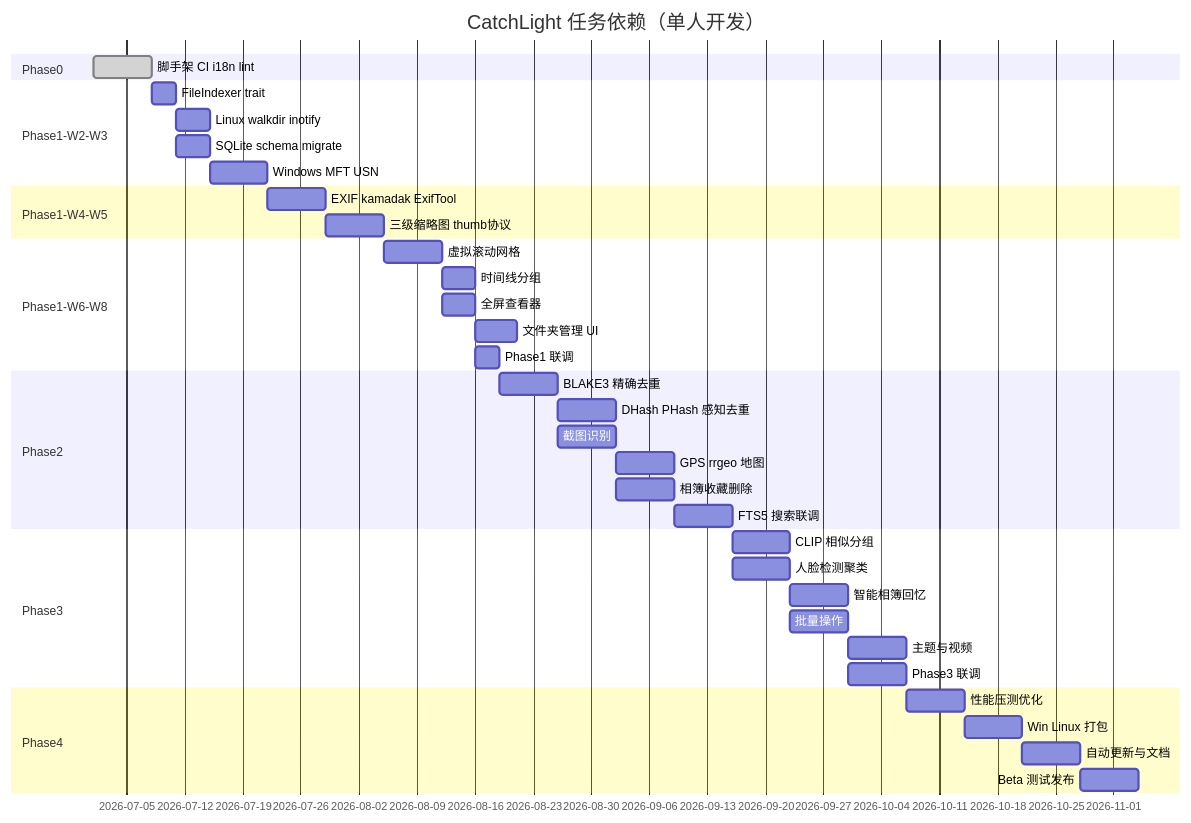
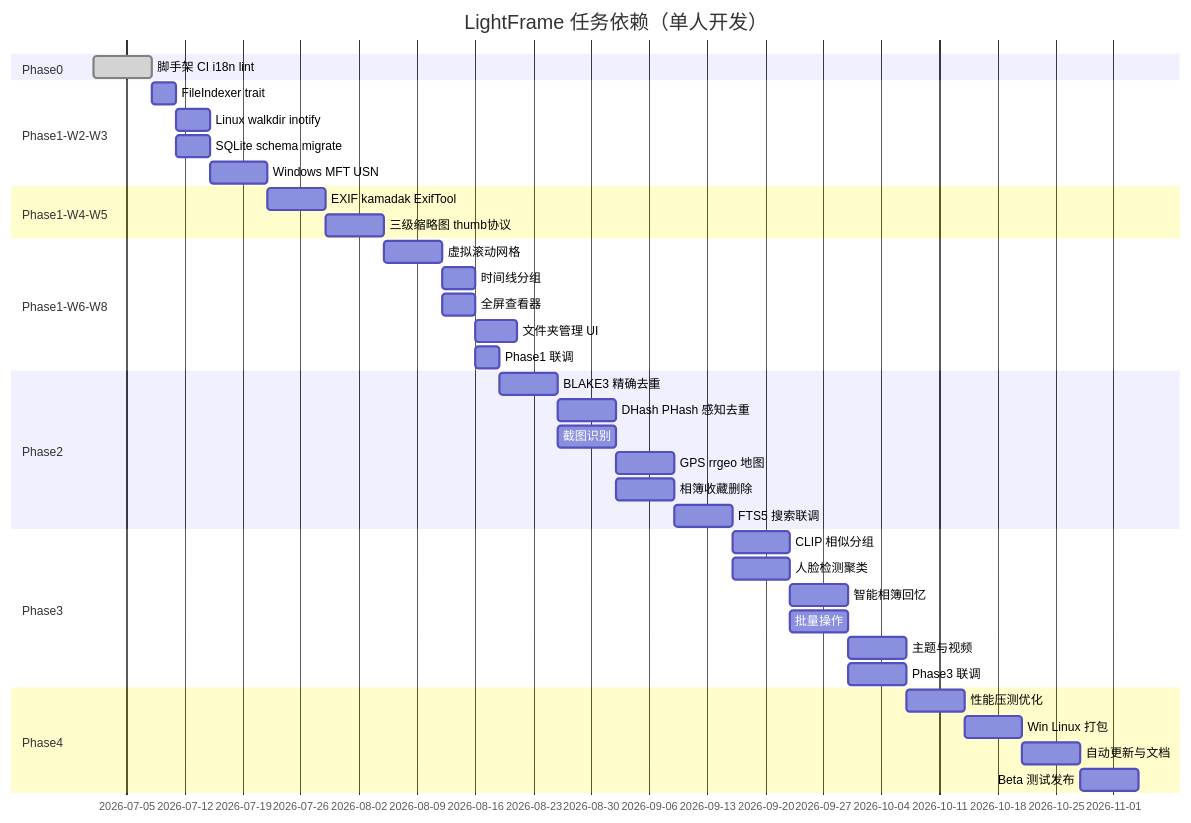
One commit to halft0n/LightFrame changed the fourth of 5 diagrams in docs/5-development-plan.md. Above: the diagram before and after it, drawn with Mermaid. The commit also changed other lines of this file and 10 other files, not shown here.

First line of the commit message:
chore: complete CatchLight → LightFrame rebrand in all docs and paths

````diff
--- a/docs/5-development-plan.md
+++ b/docs/5-development-plan.md
@@ -645,47 +645,47 @@
 ```mermaid
 gantt
-    title CatchLight 任务依赖（单人开发）
+    title LightFrame 任务依赖（单人开发）
     dateFormat YYYY-MM-DD
 
     section Phase0
     脚手架 CI i18n lint     :done, ph0, 2026-07-01, 7d
 
     section Phase1-W2-W3
     FileIndexer trait        :p1t, after ph0, 3d
     Linux walkdir inotify    :p1l, after p1t, 4d
     SQLite schema migrate    :p1db, after p1t, 4d
     Windows MFT USN          :p1w, after p1l, 7d
 
     section Phase1-W4-W5
     EXIF kamadak ExifTool    :p1e, after p1w, 7d
     三级缩略图 thumb协议     :p1th, after p1e, 7d
 
     section Phase1-W6-W8
     虚拟滚动网格             :p1g, after p1th, 7d
     时间线分组               :p1tl, after p1g, 4d
     全屏查看器               :p1v, after p1g, 4d
     文件夹管理 UI            :p1f, after p1tl, 5d
     Phase1 联调              :p1i, after p1v, 3d
 
     section Phase2
     BLAKE3 精确去重          :p2d1, after p1i, 7d
     DHash PHash 感知去重     :p2d2, after p2d1, 7d
     截图识别                 :p2s, after p2d1, 7d
     GPS rrgeo 地图           :p2m, after p2d2, 7d
     相簿收藏删除             :p2a, after p2s, 7d
     FTS5 搜索联调            :p2f, after p2m, 7d
 
     section Phase3
     CLIP 相似分组            :p3c, after p2f, 7d
     人脸检测聚类             :p3f, after p2f, 7d
     智能相簿回忆             :p3m, after p3c, 7d
     批量操作                 :p3b, after p3f, 7d
     主题与视频               :p3v, after p3m, 7d
     Phase3 联调              :p3i, after p3b, 7d
 
     section Phase4
     性能压测优化             :p4p, after p3i, 7d
     Win Linux 打包           :p4k, after p4p, 7d
     自动更新与文档           :p4d, after p4k, 7d
     Beta 测试发布            :p4b, after p4d, 7d
 ```
````
